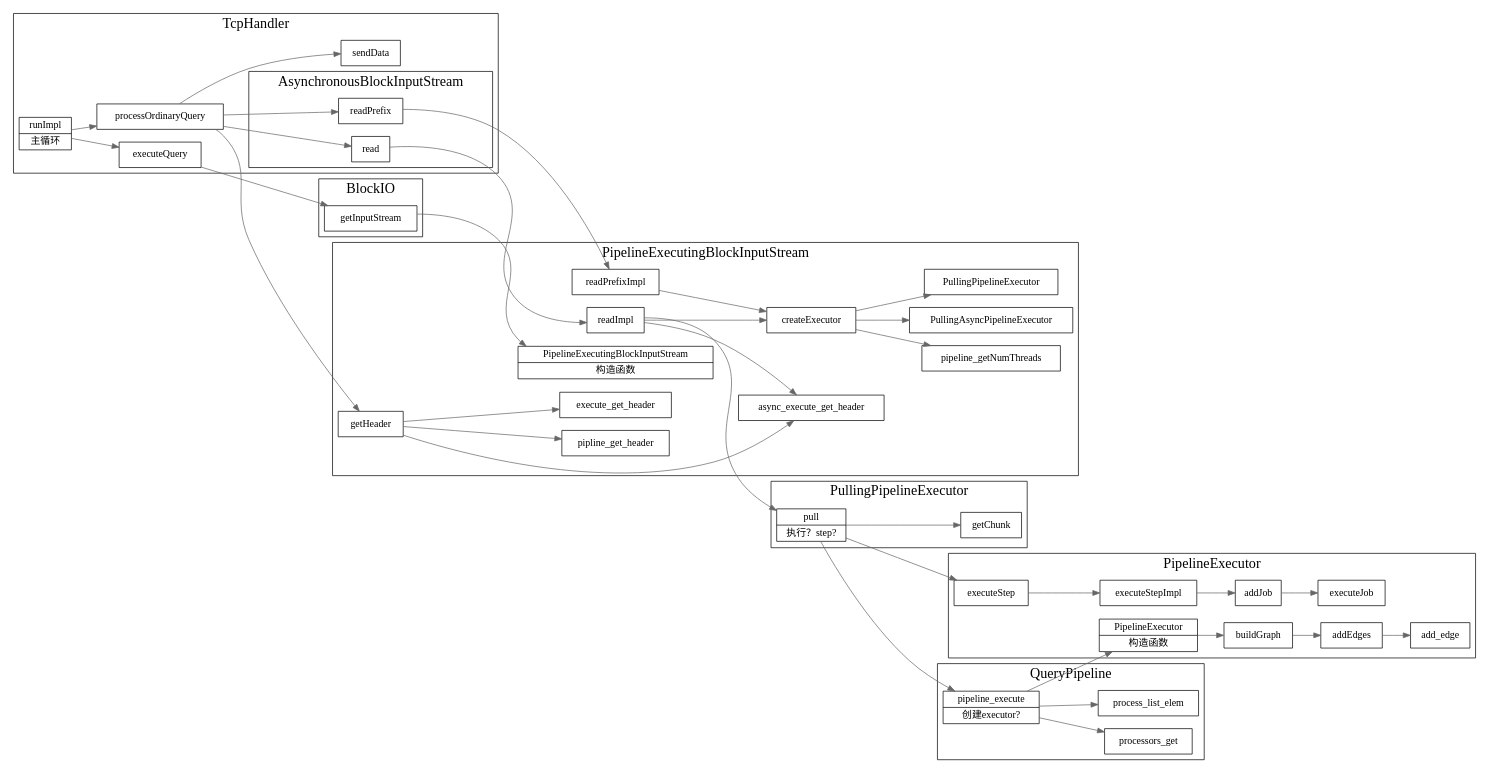
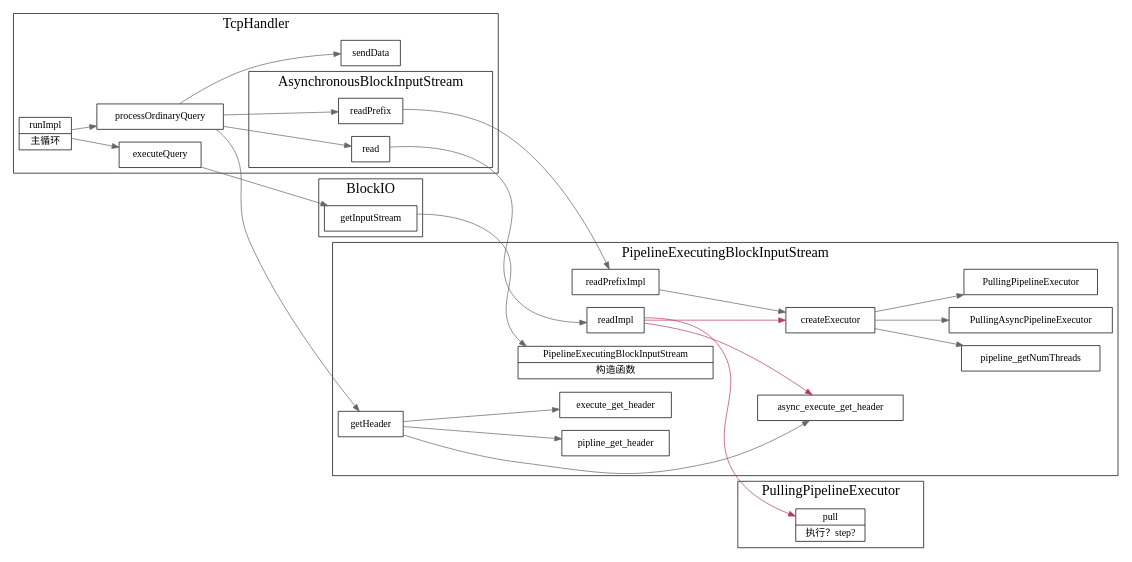
Before and after one commit to xieyu/blog: the diagram in src/clickhouse/dot/block-io.dot, drawn with Graphviz. The commit also changed 4 other files, not shown here.

```diff
--- a/src/clickhouse/dot/block-io.dot
+++ b/src/clickhouse/dot/block-io.dot
@@ -1,110 +1,75 @@
 digraph blockIO {
   node[shape=box];
   edge[color=gray40];
   newrank=true;
   rankdir=LR;
-  subgraph cluster_PipelineExecutor {
-    graph[label="PipelineExecutor";fontsize=20;];
-    PipelineExecutor[
-      shape="record";
-      label="{{
-        PipelineExecutor|
-        构造函数
-      }}";
-    ];
-    PipelineExecutor -> {
-      buildGraph;
-    }
-    buildGraph -> addEdges;
-    addEdges -> add_edge;
-    executeStep -> executeStepImpl -> addJob -> executeJob;
-  }
-  subgraph cluster_QueryPipeline {
-    graph[label="QueryPipeline";fontsize=20;];
-    pipeline_execute[
-      shape="record";
-      label="{{
-        pipeline_execute|
-        创建executor?
-      }}";
-    ];
-    pipeline_execute -> {
-      PipelineExecutor;
-      processors_get;
-      process_list_elem;
-    }
-  }
   subgraph cluster_PullingPipelineExecutor {
     graph[label="PullingPipelineExecutor";fontsize=20;];
     execute_pull[
       shape="record";
       label="{{
         pull|
         执行？step?
       }}";
     ];
-    execute_pull -> {
-      getChunk;
-      pipeline_execute;
-      executeStep;
-    }
   }
   subgraph cluster_PipelineExecutingBlockInputStream {
     graph[label="PipelineExecutingBlockInputStream";fontsize=20;];
     PipelineExecutingBlockInputStream;
     PipelineExecutingBlockInputStream[
       shape="record";
       label="{{
         PipelineExecutingBlockInputStream|
         构造函数
       }}";
     ];
     getHeader -> {
       execute_get_header;
       async_execute_get_header;
       pipline_get_header;
     }
     readPrefixImpl -> createExecutor;
-    readImpl -> createExecutor;
     readImpl -> {
       execute_pull;
       async_execute_get_header;
-    }
+      createExecutor;
+    }[color="#b83b5e"];
+
     createExecutor -> {
       pipeline_getNumThreads;
       PullingAsyncPipelineExecutor;
       PullingPipelineExecutor;
     }
   }
   subgraph cluster_BlockIO {
     graph[label="BlockIO";fontsize=20;];
     getInputStream -> {
       PipelineExecutingBlockInputStream;
     };
   }
   subgraph cluster_TcpHandler {
     graph[label="TcpHandler";fontsize=20;];
     runImpl -> executeQuery -> getInputStream;
     runImpl[
       shape="record";
       label="{{
         runImpl|
         主循环
       }}";
     ];
     runImpl -> processOrdinaryQuery -> {
       getHeader;
       readPrefix;
       sendData;
       read;
     }
     subgraph cluster_AsynchronousBlockInputStream {
       graph[label="AsynchronousBlockInputStream";fontsize=20;];
       readPrefix;
       read;
     }
     readPrefix -> readPrefixImpl;
     read -> readImpl;
   }
   
 }
```
